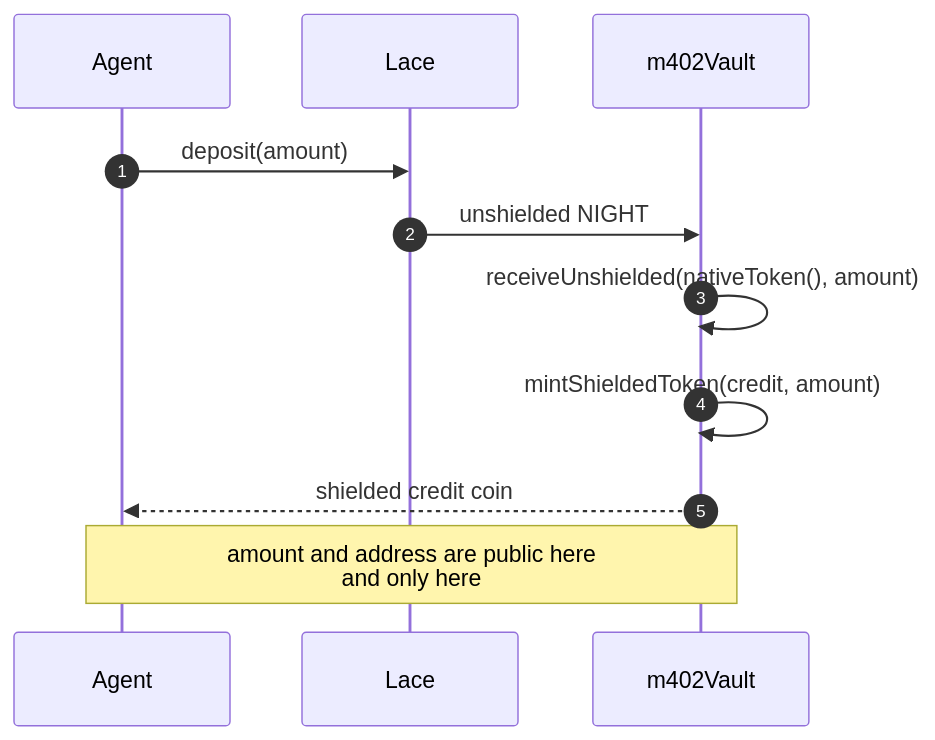
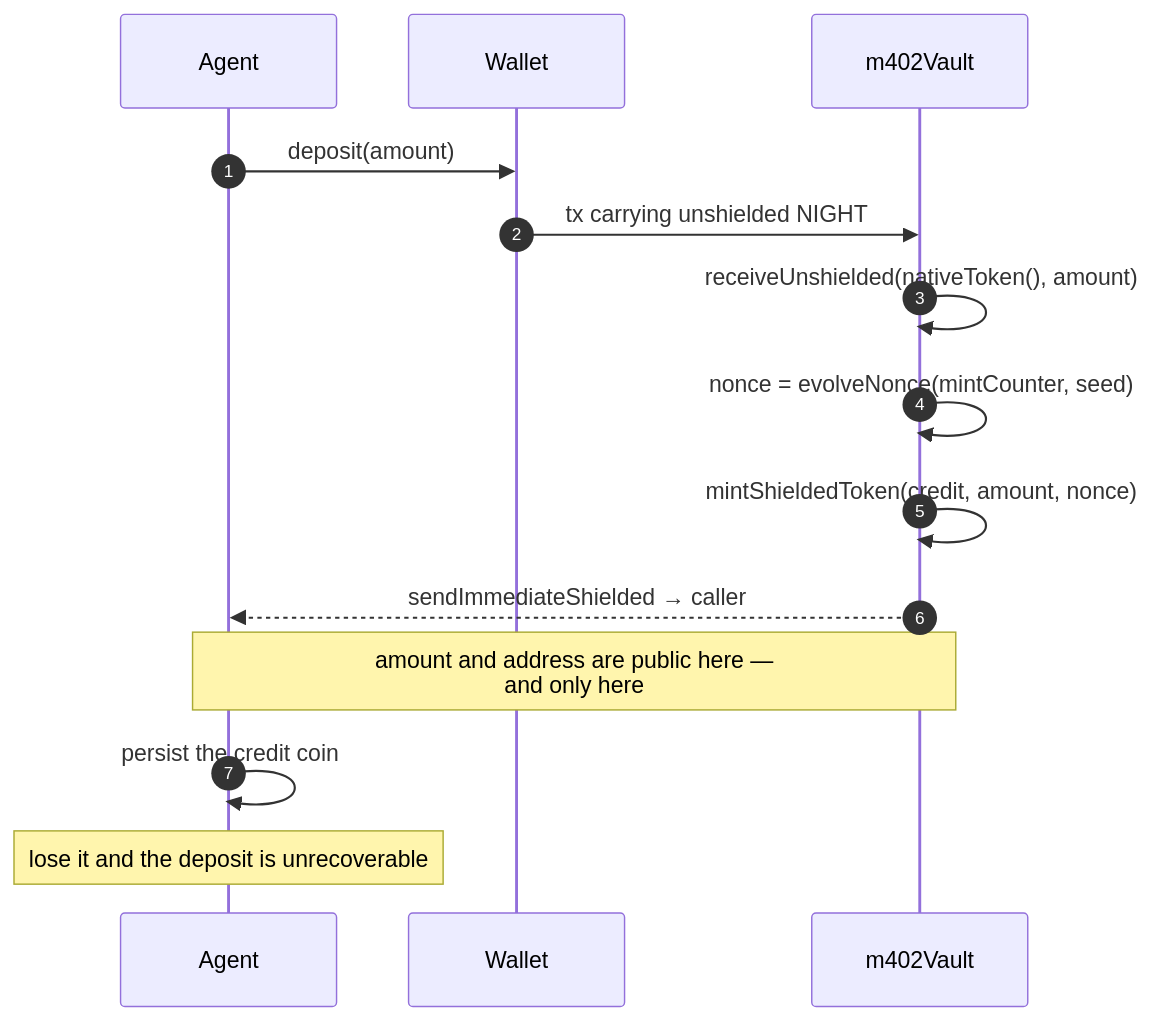
One commit to julianariel/m402 changed the second of 8 diagrams in docs/architecture/payment-flow.md. Above: the diagram before and after it, drawn with Mermaid. The commit also changed other lines of this file and 3 other files, not shown here.

First line of the commit message:
Document deposit across all docs; drop the placeholder diagram

````diff
--- a/docs/architecture/payment-flow.md
+++ b/docs/architecture/payment-flow.md
@@ -7,14 +46,18 @@
 ```mermaid
 sequenceDiagram
     autonumber
     participant A as Agent
-    participant L as Lace
+    participant W as Wallet
     participant V as m402Vault
 
-    A->>L: deposit(amount)
-    L->>V: unshielded NIGHT
+    A->>W: deposit(amount)
+    W->>V: tx carrying unshielded NIGHT
     V->>V: receiveUnshielded(nativeToken(), amount)
-    V->>V: mintShieldedToken(credit, amount)
-    V-->>A: shielded credit coin
-    Note over A,V: amount and address are public here<br/>and only here
+    V->>V: nonce = evolveNonce(mintCounter, seed)
+    V->>V: mintShieldedToken(credit, amount, nonce)
+    V-->>A: sendImmediateShielded → caller
+    Note over A,V: amount and address are public here —<br/>and only here
+
+    A->>A: persist the credit coin
+    Note over A: lose it and the deposit is unrecoverable
 ```
````
